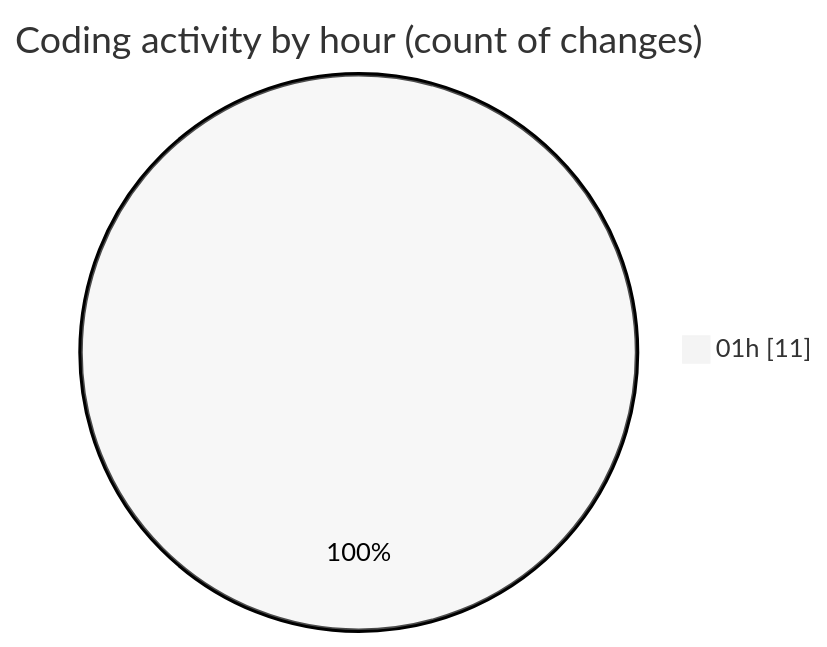
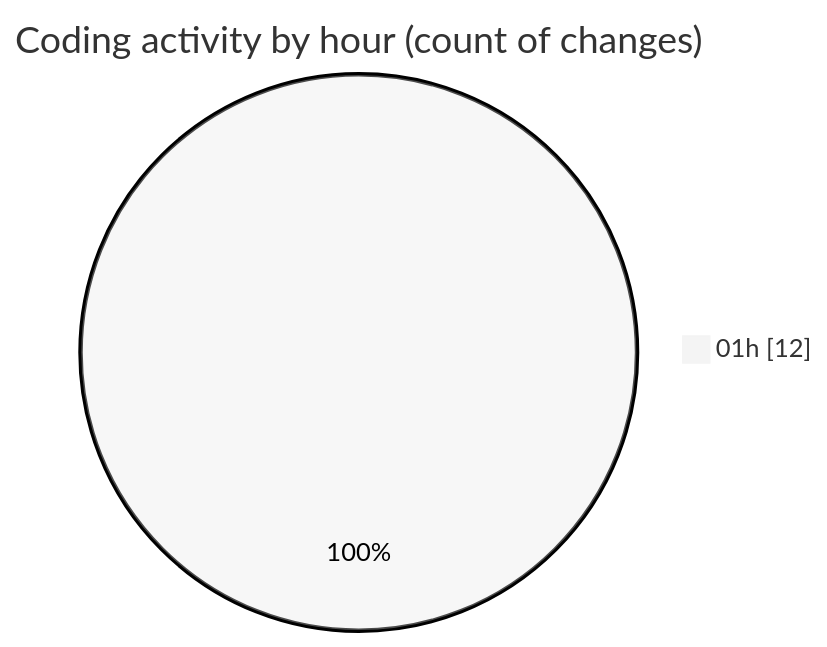
Before and after one commit to JenPaints/code-tracking: the second of 2 diagrams in 2025-06-20/3d-gsap-scroll-template-main/README.md, drawn with Mermaid (neutral theme). The commit also changed other lines of this file and 1 other file, not shown here.

````diff
--- a/2025-06-20/3d-gsap-scroll-template-main/README.md
+++ b/2025-06-20/3d-gsap-scroll-template-main/README.md
@@ -30,5 +30,5 @@
 ```mermaid
 pie showData
 title Coding activity by hour (count of changes)
-"01h" : 11
+"01h" : 12
 ```
````
